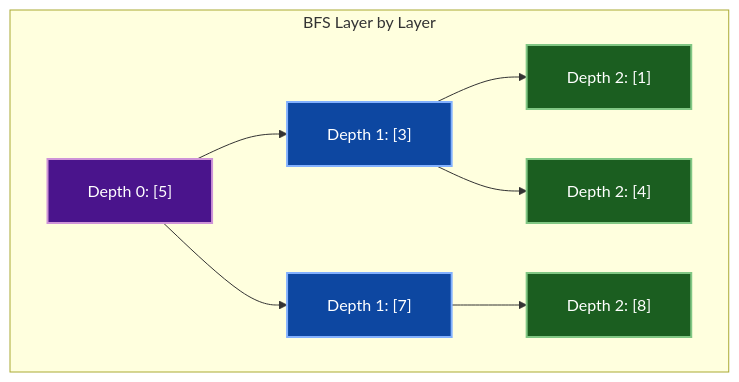
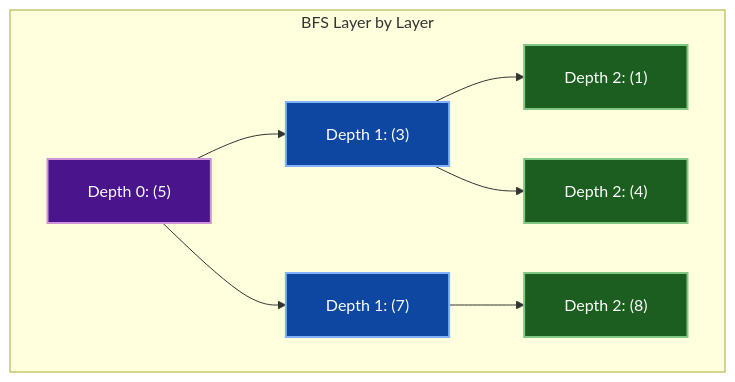
Before and after one commit to dip4k/DSA_102: the sixth of 20 diagrams in week_07_trees_and_balanced_search_trees/WEEK_07_FULL_PLAYBOOK.md, drawn with Mermaid. The commit also changed other lines of this file and 147 other files, not shown here.

First line of the commit message:
feat(curriculum): enrich Weeks 01-19 instructional modules & resolve repository-wide Mermaid cutoff

````diff
--- a/week_07_trees_and_balanced_search_trees/WEEK_07_FULL_PLAYBOOK.md
+++ b/week_07_trees_and_balanced_search_trees/WEEK_07_FULL_PLAYBOOK.md
@@ -306,22 +306,22 @@
 ```mermaid
 %%{init: {"flowchart": {"htmlLabels": true, "padding": 20}, "themeCSS": "foreignObject { overflow: visible !important; }"}}%%
 flowchart TD
     subgraph BFSQueue["BFS Layer by Layer"]
-        L5["Depth 0: [5]"]:::lvl0
-        L3["Depth 1: [3]"]:::lvl1
-        L7["Depth 1: [7]"]:::lvl1
-        L1["Depth 2: [1]"]:::lvl2
-        L4["Depth 2: [4]"]:::lvl2
-        L8["Depth 2: [8]"]:::lvl2
+        L5["Depth 0: (5)"]:::lvl0
+        L3["Depth 1: (3)"]:::lvl1
+        L7["Depth 1: (7)"]:::lvl1
+        L1["Depth 2: (1)"]:::lvl2
+        L4["Depth 2: (4)"]:::lvl2
+        L8["Depth 2: (8)"]:::lvl2
 
         L5 --> L3
         L5 --> L7
         L3 --> L1
         L3 --> L4
         L7 --> L8
     end
 
     classDef lvl0 fill:#4a148c,stroke:#ce93d8,stroke-width:2px,color:#ffffff
     classDef lvl1 fill:#0d47a1,stroke:#82b1ff,stroke-width:2px,color:#ffffff
     classDef lvl2 fill:#1b5e20,stroke:#81c784,stroke-width:2px,color:#ffffff
 ```
````
